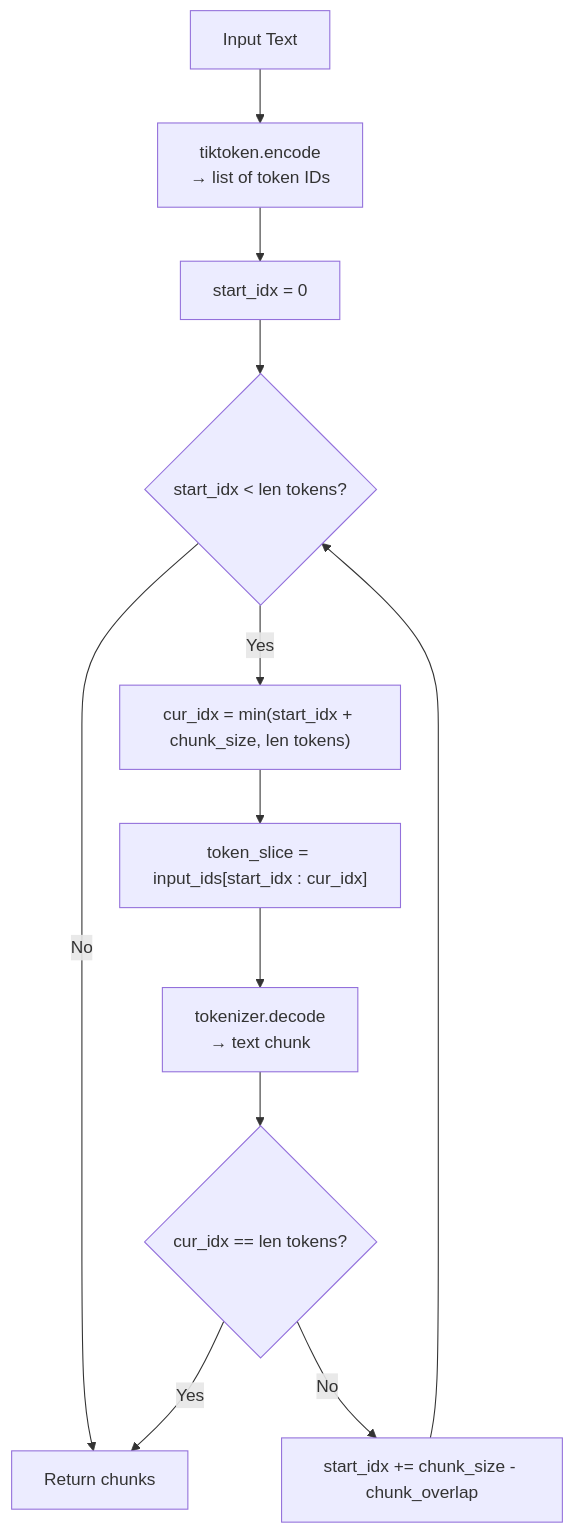
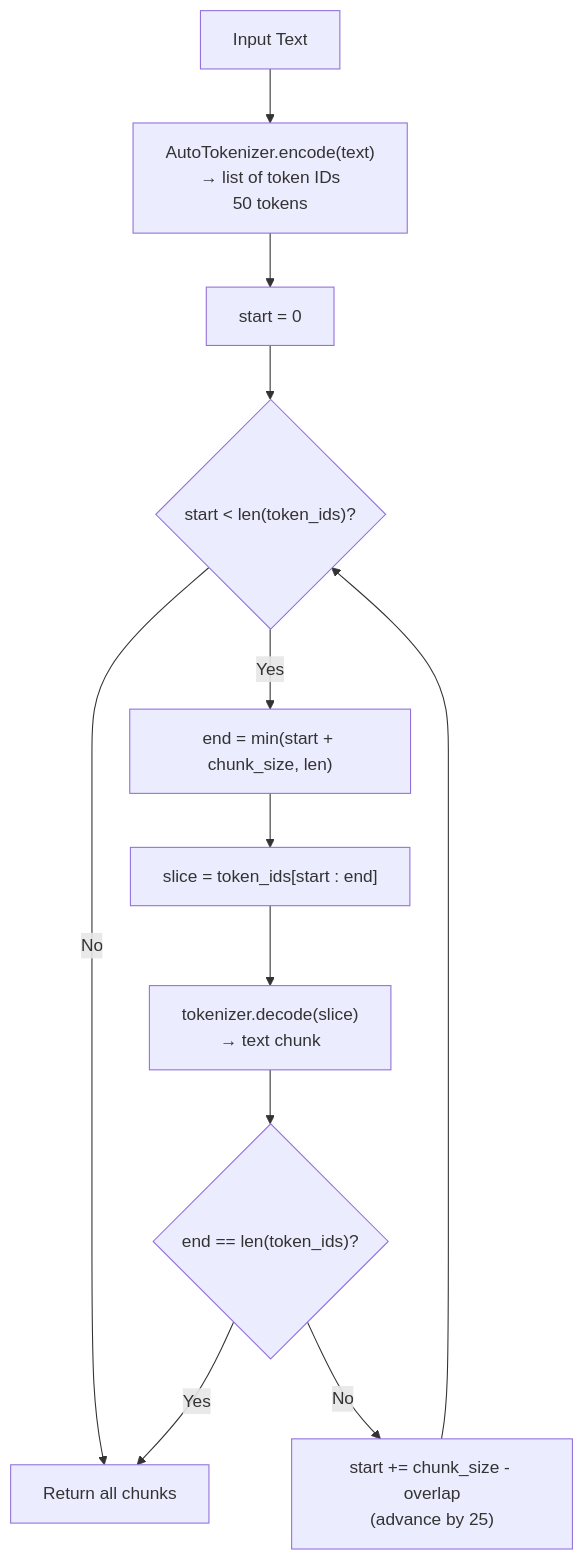
One commit to mdhasnainali/explore-rag-techniques changed the first of 2 diagrams in 1_Chunking_Techniques/2_fixed_size_chunking_by_token/README.md. Above: the diagram before and after it, drawn with Mermaid. The commit also changed other lines of this file, not shown here.

````diff
--- a/1_Chunking_Techniques/2_fixed_size_chunking_by_token/README.md
+++ b/1_Chunking_Techniques/2_fixed_size_chunking_by_token/README.md
@@ -104,14 +107,14 @@
 ```mermaid
 flowchart TD
-    A[Input Text] --> B[tiktoken.encode\n→ list of token IDs]
-    B --> C[start_idx = 0]
-    C --> D{start_idx < len tokens?}
-    D -- No --> E[Return chunks]
-    D -- Yes --> F["cur_idx = min(start_idx + chunk_size, len tokens)"]
-    F --> G["token_slice = input_ids[start_idx : cur_idx]"]
-    G --> H[tokenizer.decode\n→ text chunk]
-    H --> I{cur_idx == len tokens?}
+    A[Input Text] --> B["AutoTokenizer.encode(text)\n→ list of token IDs\n50 tokens"]
+    B --> C[start = 0]
+    C --> D{"start < len(token_ids)?"}
+    D -- No --> E[Return all chunks]
+    D -- Yes --> F["end = min(start + chunk_size, len)"]
+    F --> G["slice = token_ids[start : end]"]
+    G --> H["tokenizer.decode(slice)\n→ text chunk"]
+    H --> I{"end == len(token_ids)?"}
     I -- Yes --> E
-    I -- No --> J[start_idx += chunk_size - chunk_overlap]
+    I -- No --> J["start += chunk_size - overlap\n(advance by 25)"]
     J --> D
 ```
````
